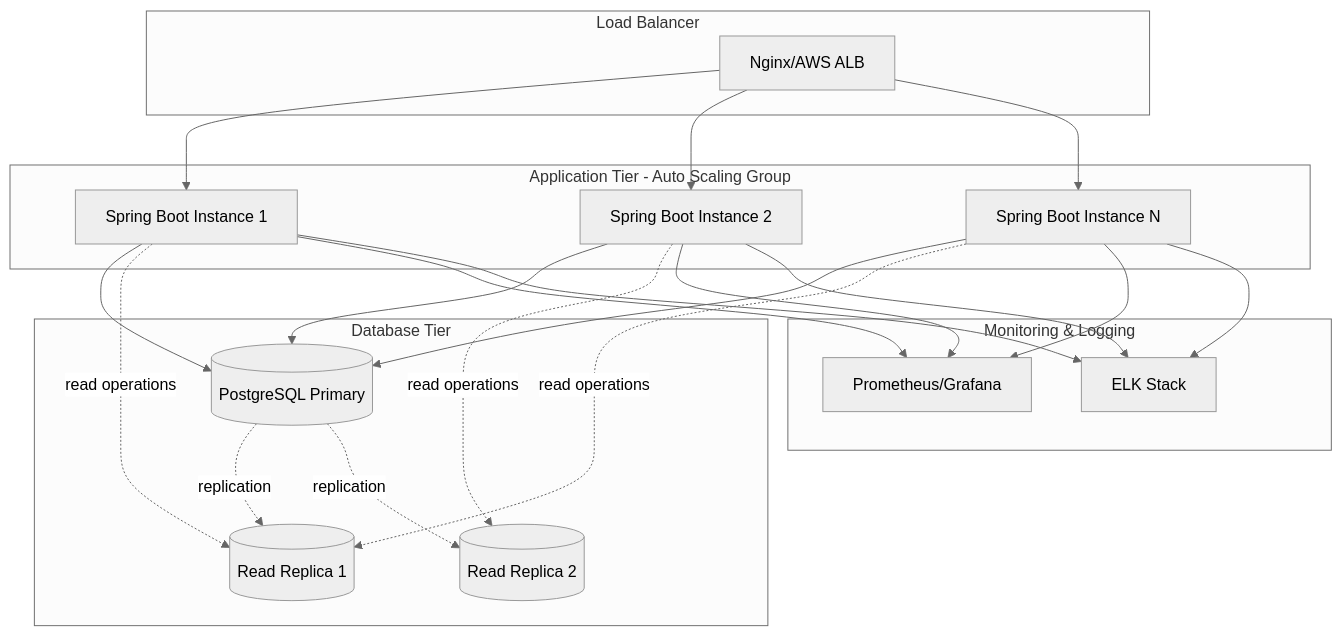
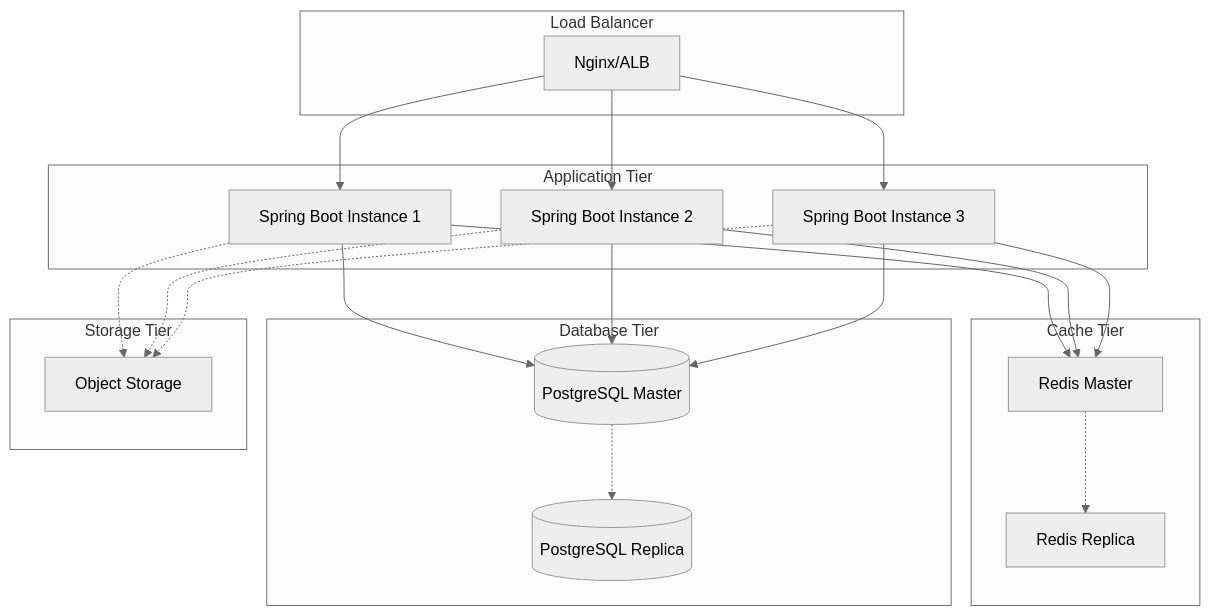
The third of 23 diagrams in docs/LLD/modified_lld.md (NavneetBN47/aava-ecom-demo), drawn with Mermaid (neutral theme) before and after one commit. The commit also changed other lines of this file, not shown here.

Commit message:
Auto commit: Scripts committed on 2026-02-18-18-22-45

````diff
--- a/docs/LLD/modified_lld.md
+++ b/docs/LLD/modified_lld.md
@@ -202,46 +188,44 @@
 ```mermaid
 graph TB
     subgraph "Load Balancer"
-        LB[Nginx/AWS ALB]
+        LB[Nginx/ALB]
     end
     
-    subgraph "Application Tier - Auto Scaling Group"
+    subgraph "Application Tier"
         APP1[Spring Boot Instance 1]
         APP2[Spring Boot Instance 2]
-        APP3[Spring Boot Instance N]
+        APP3[Spring Boot Instance 3]
+    end
+    
+    subgraph "Cache Tier"
+        REDIS1[Redis Master]
+        REDIS2[Redis Replica]
     end
     
     subgraph "Database Tier"
-        PRIMARY[(PostgreSQL Primary)]
-        REPLICA1[(Read Replica 1)]
-        REPLICA2[(Read Replica 2)]
+        DB_MASTER[(PostgreSQL Master)]
+        DB_REPLICA[(PostgreSQL Replica)]
     end
     
-    subgraph "Monitoring & Logging"
-        MON[Prometheus/Grafana]
-        LOG[ELK Stack]
+    subgraph "Storage Tier"
+        S3[Object Storage]
     end
     
     LB --> APP1
     LB --> APP2
     LB --> APP3
     
-    APP1 --> PRIMARY
-    APP2 --> PRIMARY
-    APP3 --> PRIMARY
+    APP1 --> REDIS1
+    APP2 --> REDIS1
+    APP3 --> REDIS1
+    REDIS1 -.-> REDIS2
     
-    APP1 -."read operations".-> REPLICA1
-    APP2 -."read operations".-> REPLICA2
-    APP3 -."read operations".-> REPLICA1
+    APP1 --> DB_MASTER
+    APP2 --> DB_MASTER
+    APP3 --> DB_MASTER
+    DB_MASTER -.-> DB_REPLICA
     
-    PRIMARY -."replication".-> REPLICA1
-    PRIMARY -."replication".-> REPLICA2
-    
-    APP1 --> MON
-    APP2 --> MON
-    APP3 --> MON
-    
-    APP1 --> LOG
-    APP2 --> LOG
-    APP3 --> LOG
+    APP1 -.-> S3
+    APP2 -.-> S3
+    APP3 -.-> S3
 ```
````
